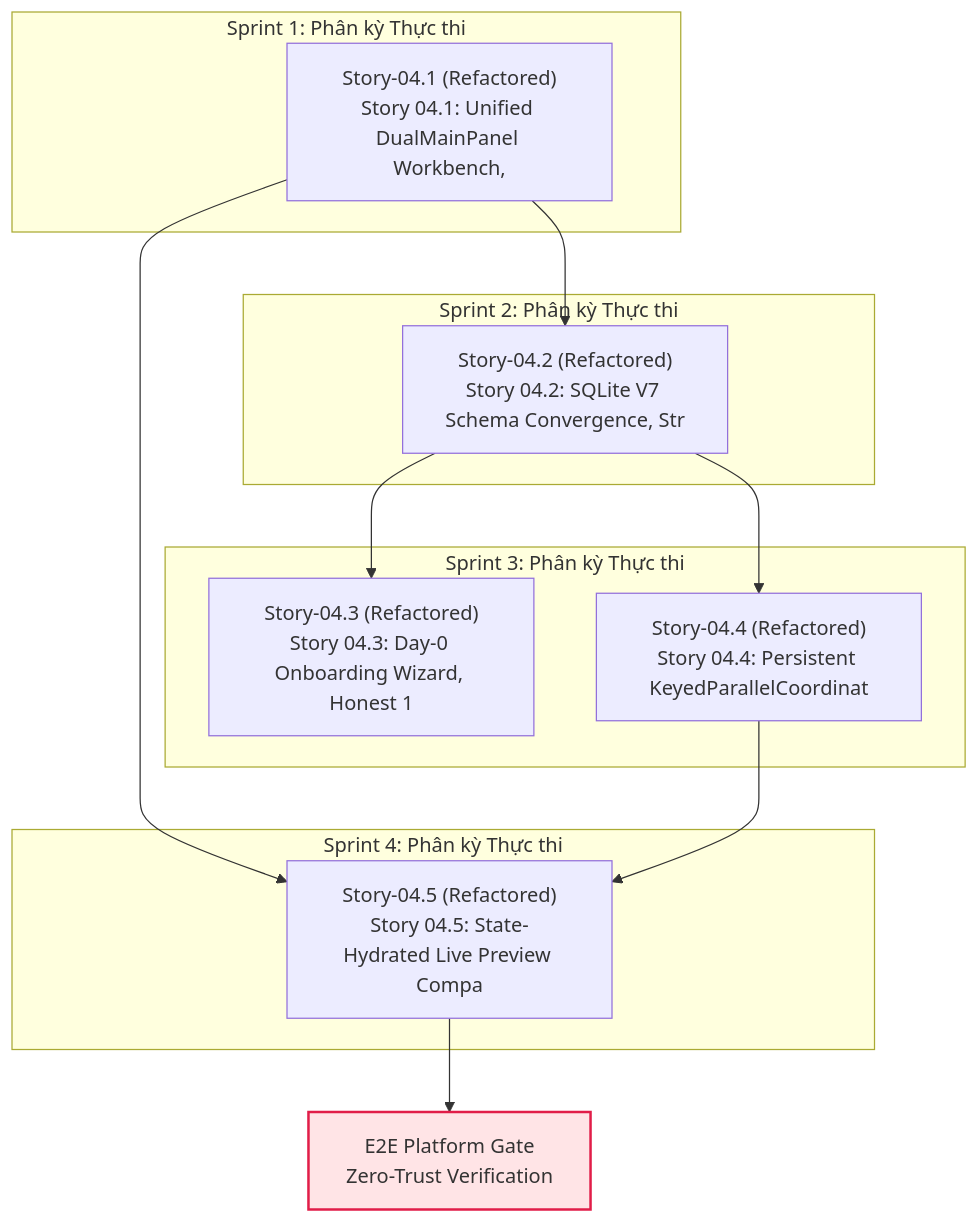
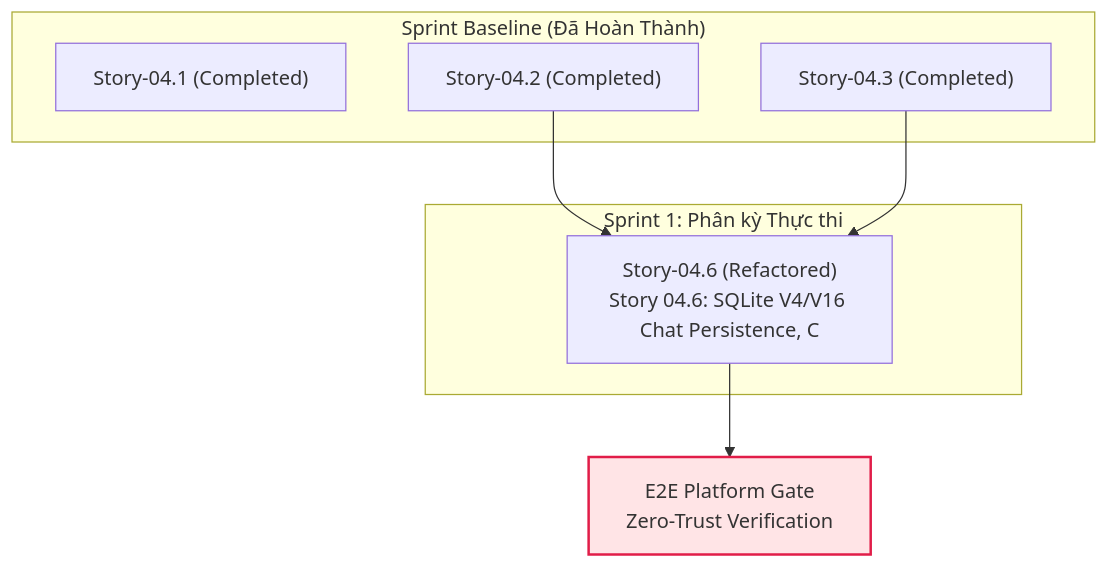
The diagram in _iwish-output/3. Development/1. Epic & Story/VS-02. Flow-First Executable Design Workbench & SDI Engine/Epic-04/epic.md (Nam123321/cowok-design), drawn with Mermaid before and after one commit. The commit also changed other lines of this file and 341 other files, not shown here.

````diff
--- a/_iwish-output/3. Development/1. Epic & Story/VS-02. Flow-First Executable Design Workbench & SDI Engine/Epic-04/epic.md
+++ b/_iwish-output/3. Development/1. Epic & Story/VS-02. Flow-First Executable Design Workbench & SDI Engine/Epic-04/epic.md
@@ -116,33 +115,23 @@
 ```mermaid
 flowchart TD
-    subgraph S1["Sprint 1: Phân kỳ Thực thi"]
-        Story_04_1["Story-04.1 (Refactored)<br>Story 04.1: Unified DualMainPanel Workbench, "]
+    subgraph S0["Sprint Baseline (Đã Hoàn Thành)"]
+        Story_04_1["Story-04.1 (Completed)"]
+        Story_04_2["Story-04.2 (Completed)"]
+        Story_04_3["Story-04.3 (Completed)"]
     end
 
-    subgraph S2["Sprint 2: Phân kỳ Thực thi"]
-        Story_04_2["Story-04.2 (Refactored)<br>Story 04.2: SQLite V7 Schema Convergence, Str"]
-    end
-
-    subgraph S3["Sprint 3: Phân kỳ Thực thi"]
-        Story_04_3["Story-04.3 (Refactored)<br>Story 04.3: Day-0 Onboarding Wizard, Honest 1"]
-        Story_04_4["Story-04.4 (Refactored)<br>Story 04.4: Persistent KeyedParallelCoordinat"]
-    end
-
-    subgraph S4["Sprint 4: Phân kỳ Thực thi"]
-        Story_04_5["Story-04.5 (Refactored)<br>Story 04.5: State-Hydrated Live Preview Compa"]
+    subgraph S1["Sprint 1: Phân kỳ Thực thi"]
+        Story_04_6["Story-04.6 (Refactored)<br>Story 04.6: SQLite V4/V16 Chat Persistence, C"]
     end
 
     E2E_GATE["E2E Platform Gate<br>Zero-Trust Verification"]
-    Story_04_1 --> Story_04_2
-    Story_04_2 --> Story_04_3
-    Story_04_2 --> Story_04_4
-    Story_04_1 --> Story_04_5
-    Story_04_4 --> Story_04_5
-    Story_04_5 --> E2E_GATE
+    Story_04_2 --> Story_04_6
+    Story_04_3 --> Story_04_6
+    Story_04_6 --> E2E_GATE
 
     classDef completed fill:#dcfce7,stroke:#16a34a,stroke-width:2px;
     classDef refactored fill:#fef3c7,stroke:#d97706,stroke-width:2px;
     classDef backlog fill:#f1f5f9,stroke:#64748b,stroke-width:2px;
     classDef gate fill:#ffe4e6,stroke:#e11d48,stroke-width:2px;
     class E2E_GATE gate;
 ```
````
